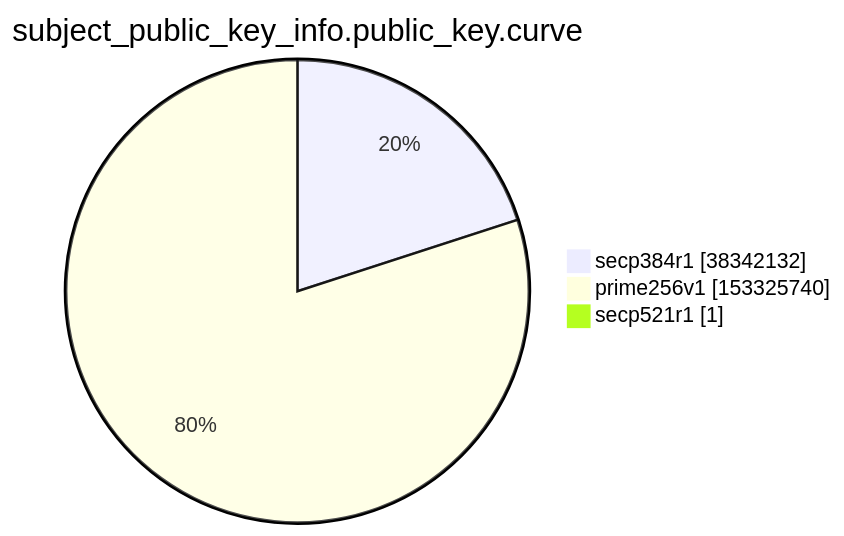
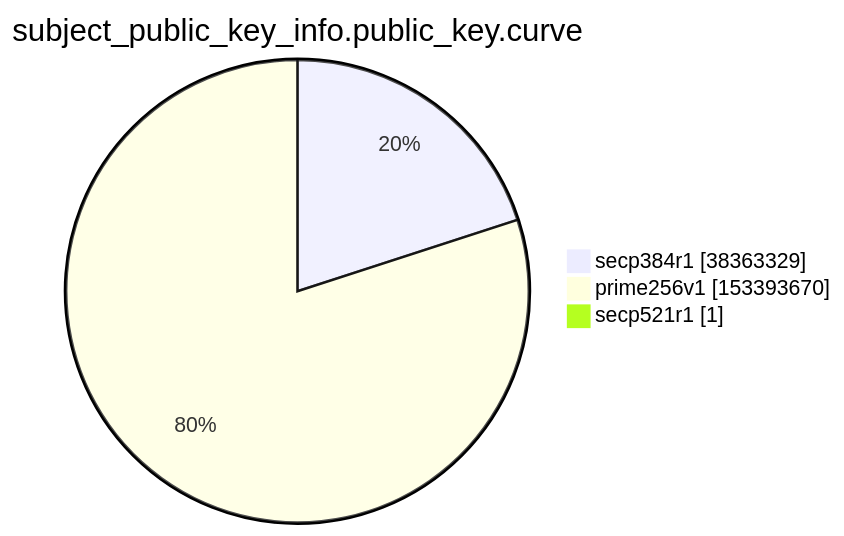
Before and after one commit to christiankrug/ctmonitor_visualization: the ninth of 15 diagrams in xenon2022/README.md, drawn with Mermaid. The commit also changed other lines of this file, not shown here.

````diff
--- a/xenon2022/README.md
+++ b/xenon2022/README.md
@@ -2861,7 +2862,7 @@
 ```mermaid
 pie showData
 title subject_public_key_info.public_key.curve
-"secp384r1" :38342132
-"prime256v1" :153325740
+"secp384r1" :38363329
+"prime256v1" :153393670
 "secp521r1" :1
 ```
````
